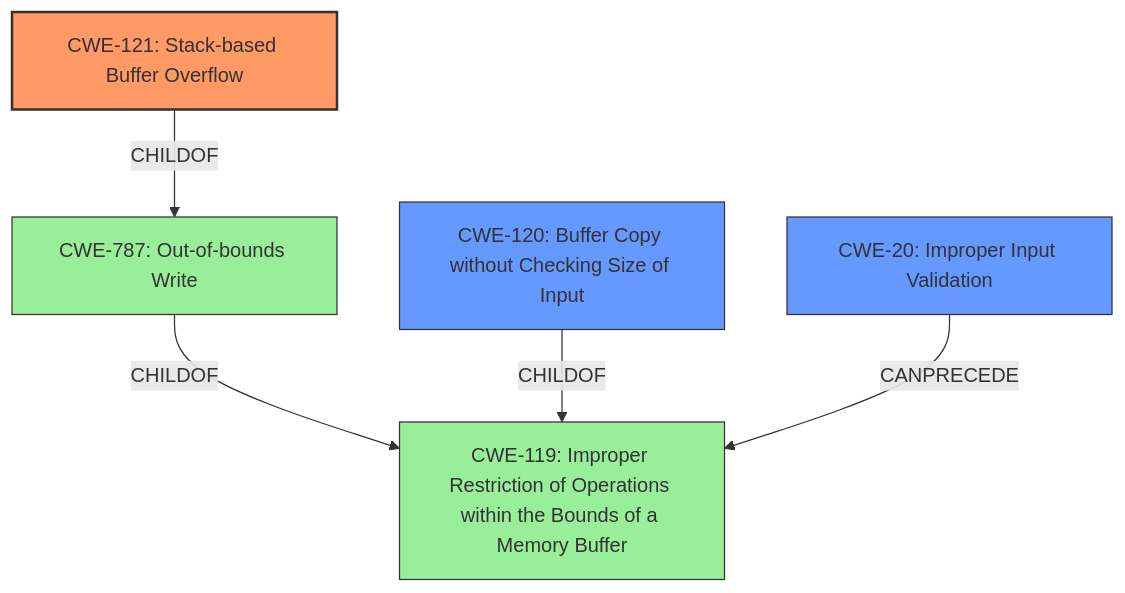
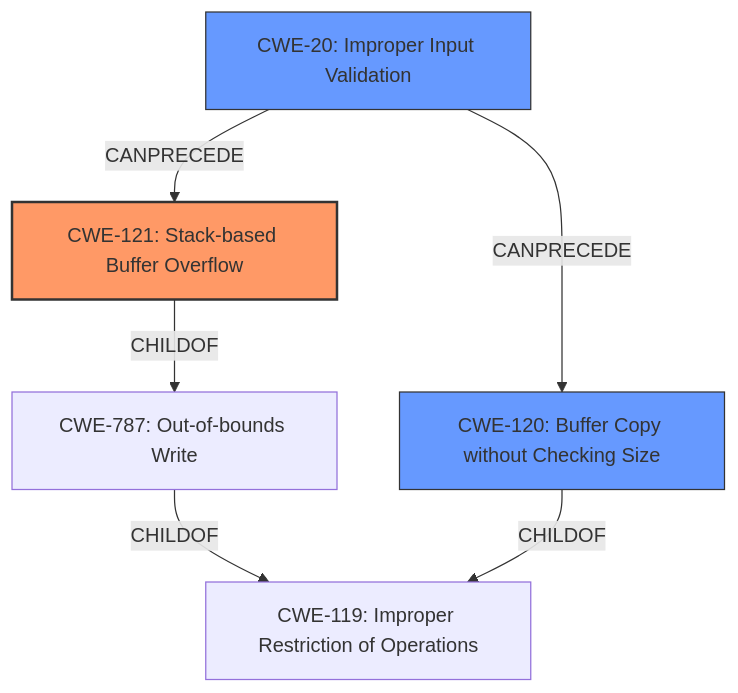
The diagram in CVE-2021-35395/CVE-2021-35395_analysis.md (CyberSecAI/cwe_agent_assign_reports_2023), drawn with Mermaid before and after one commit. The commit also changed other lines of this file and 902 other files, not shown here.

````diff
--- a/CVE-2021-35395/CVE-2021-35395_analysis.md
+++ b/CVE-2021-35395/CVE-2021-35395_analysis.md
@@ -18,20 +18,20 @@
 ```mermaid
 graph TD
     cwe121["CWE-121: Stack-based Buffer Overflow"]
     cwe787["CWE-787: Out-of-bounds Write"]
-    cwe119["CWE-119: Improper Restriction of Operations within the Bounds of a Memory Buffer"]
-    cwe120["CWE-120: Buffer Copy without Checking Size of Input"]
+    cwe119["CWE-119: Improper Restriction of Operations"]
+    cwe120["CWE-120: Buffer Copy without Checking Size"]
     cwe20["CWE-20: Improper Input Validation"]
-
+    
     cwe121 -->|CHILDOF| cwe787
     cwe787 -->|CHILDOF| cwe119
     cwe120 -->|CHILDOF| cwe119
-    cwe20 -->|CANPRECEDE| cwe119
-
+    cwe20 -->|CANPRECEDE| cwe121
+    cwe20 -->|CANPRECEDE| cwe120
+    
     classDef primary fill:#f96,stroke:#333,stroke-width:2px
     classDef secondary fill:#69f,stroke:#333
     classDef tertiary fill:#9e9,stroke:#333
     class cwe121 primary
     class cwe120,cwe20 secondary
-    class cwe119,cwe787 tertiary
 ```
````
